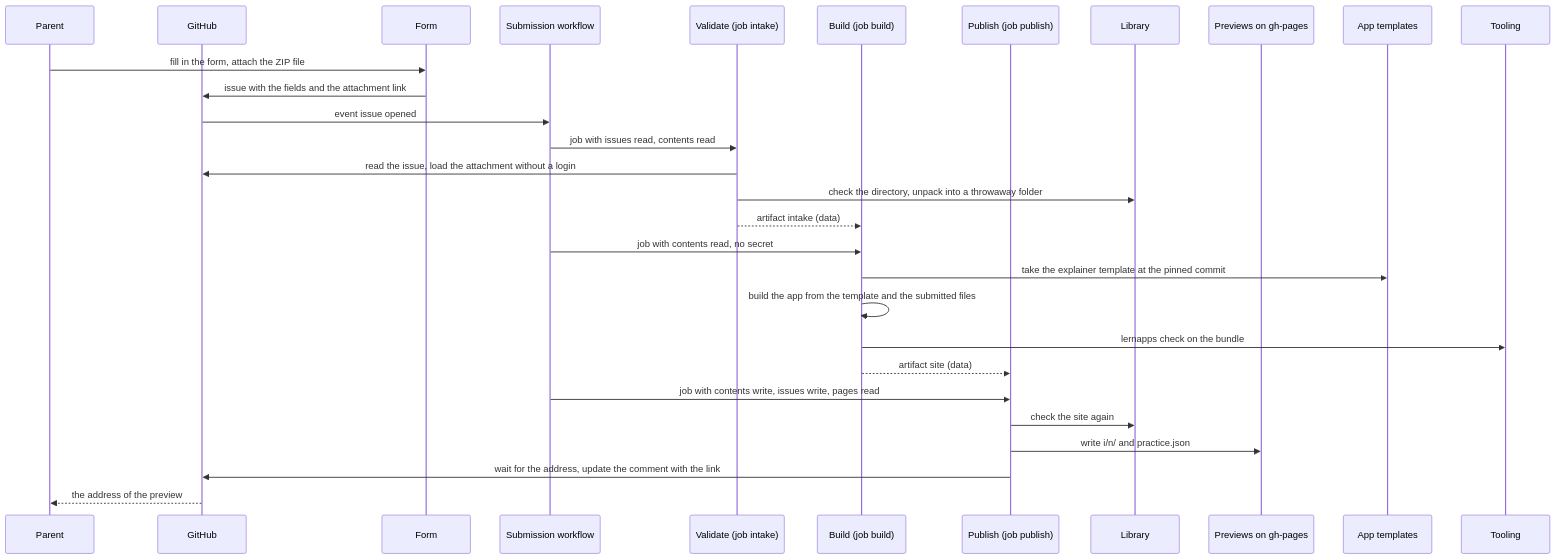
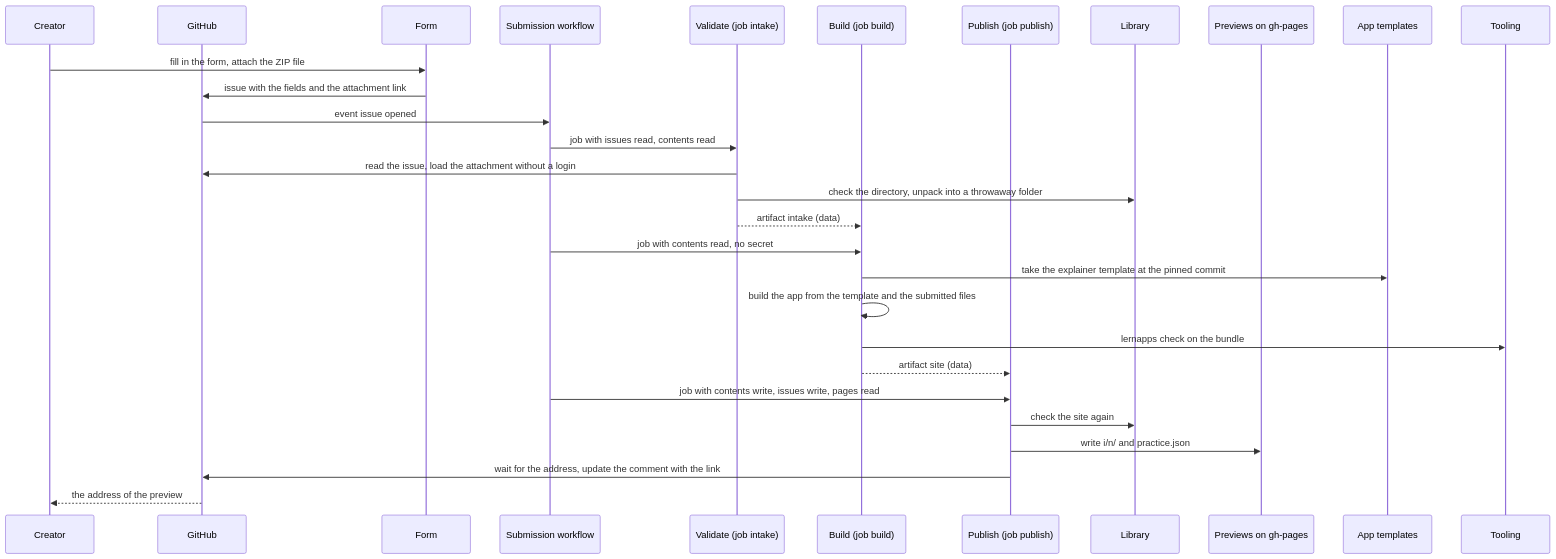
The first of 6 diagrams in docs/arc42/06-runtime-view.arc42.md (lernapps/practice), drawn with Mermaid before and after one commit. The commit also changed other lines of this file and 9 other files, not shown here.

First line of the commit message:
docs(arc42): speak of creator and student as the system architecture does

````diff
--- a/docs/arc42/06-runtime-view.arc42.md
+++ b/docs/arc42/06-runtime-view.arc42.md
@@ -29,31 +29,31 @@
 ```mermaid
 sequenceDiagram
-    participant parent as Parent
+    participant creator as Creator
     participant github as GitHub
     participant form as Form
     participant flow as Submission workflow
     participant intake as Validate (job intake)
     participant build as Build (job build)
     participant publish as Publish (job publish)
     participant lib as Library
     participant previews as Previews on gh-pages
     participant templates as App templates
     participant tooling as Tooling
-    parent->>form: fill in the form, attach the ZIP file
+    creator->>form: fill in the form, attach the ZIP file
     form->>github: issue with the fields and the attachment link
     github->>flow: event issue opened
     flow->>intake: job with issues read, contents read
     intake->>github: read the issue, load the attachment without a login
     intake->>lib: check the directory, unpack into a throwaway folder
     intake-->>build: artifact intake (data)
     flow->>build: job with contents read, no secret
     build->>templates: take the explainer template at the pinned commit
     build->>build: build the app from the template and the submitted files
     build->>tooling: lernapps check on the bundle
     build-->>publish: artifact site (data)
     flow->>publish: job with contents write, issues write, pages read
     publish->>lib: check the site again
     publish->>previews: write i/n/ and practice.json
     publish->>github: wait for the address, update the comment with the link
-    github-->>parent: the address of the preview
+    github-->>creator: the address of the preview
 ```
````
